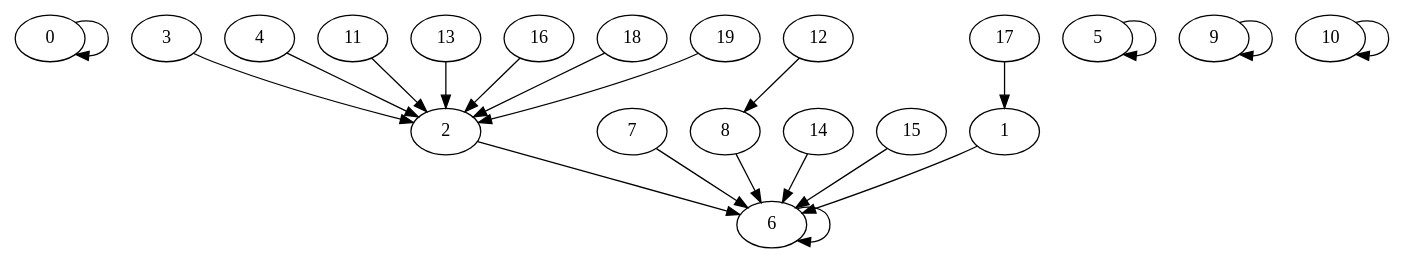
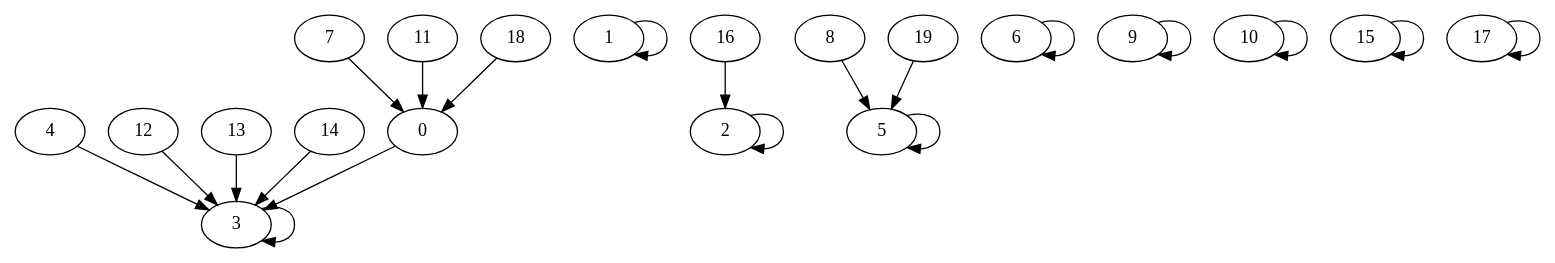
One commit to corentinckf/projetZ1 changed the diagram in partition/mathieu/graph.dot. Above: the diagram before and after it, drawn with Graphviz. The commit also changed 4 other files, not shown here.

```diff
--- a/partition/mathieu/graph.dot
+++ b/partition/mathieu/graph.dot
@@ -1,22 +1,22 @@
 digraph { 
-	0->0
-	1->6
-	2->6
-	3->2
-	4->2
+	0->3
+	1->1
+	2->2
+	3->3
+	4->3
 	5->5
 	6->6
-	7->6
-	8->6
+	7->0
+	8->5
 	9->9
 	10->10
-	11->2
-	12->8
-	13->2
-	14->6
-	15->6
+	11->0
+	12->3
+	13->3
+	14->3
+	15->15
 	16->2
-	17->1
-	18->2
-	19->2
+	17->17
+	18->0
+	19->5
 } 
```
